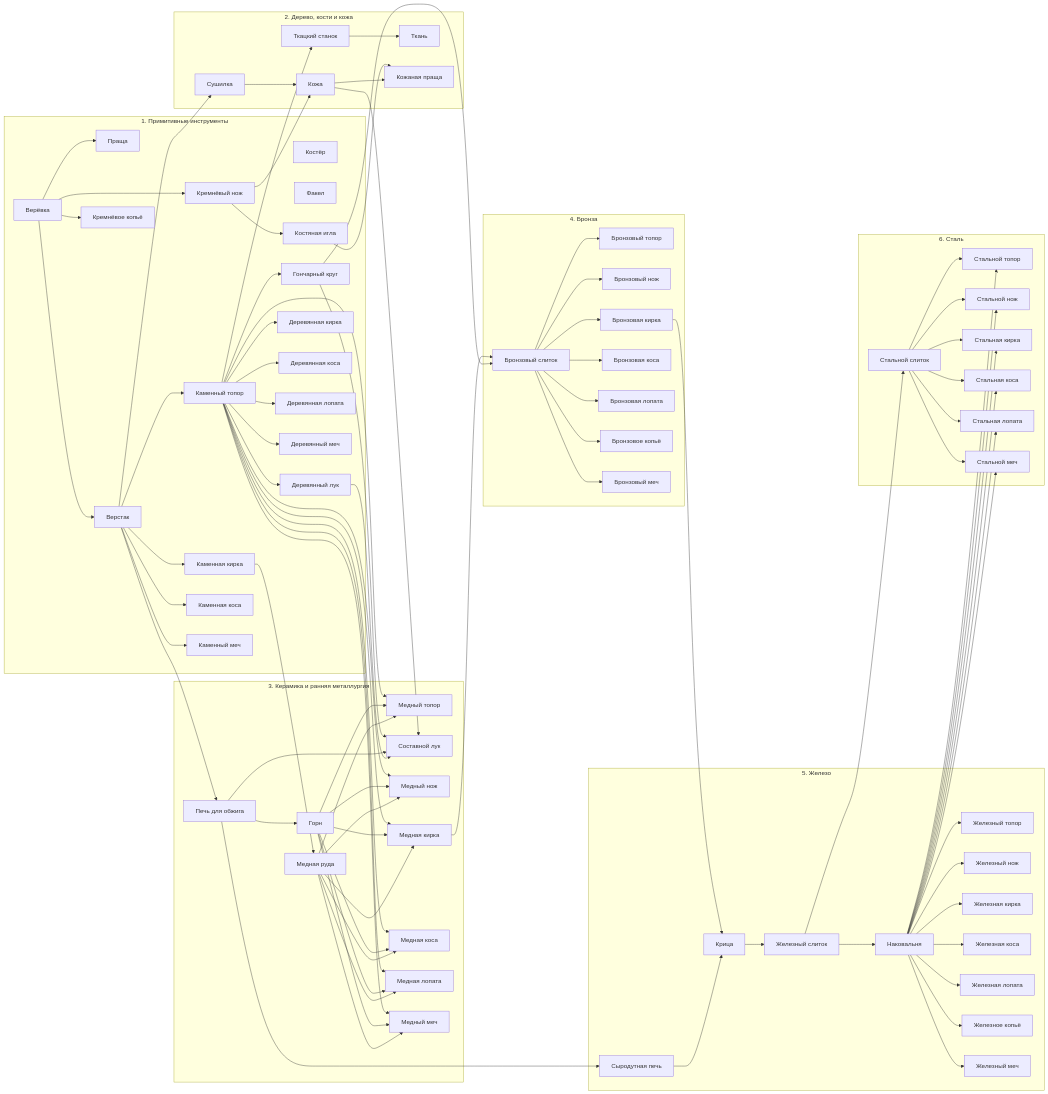
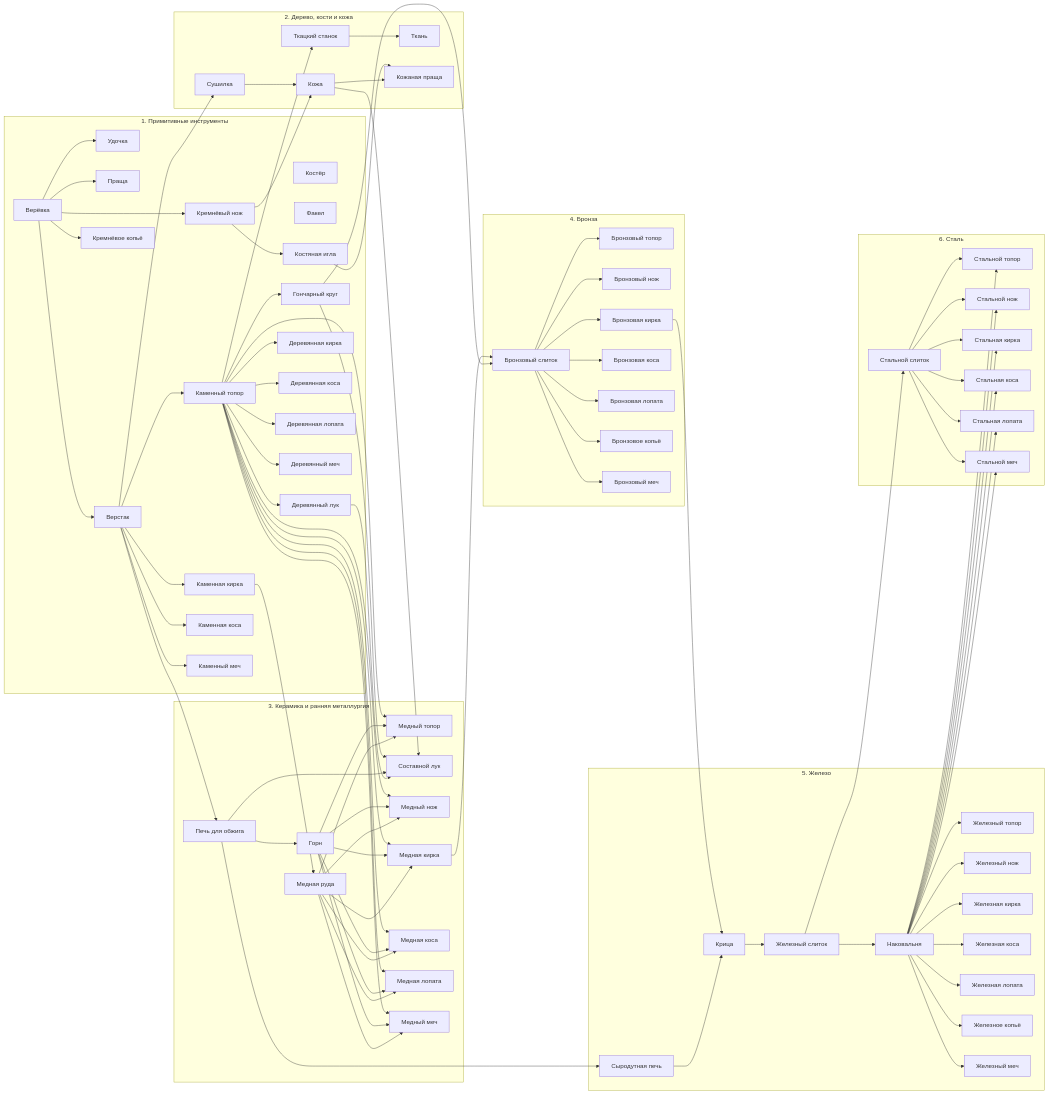
The first of 2 diagrams in docs/generated/content-graph.md (randomboygh/survivium), drawn with Mermaid before and after one commit. The commit also changed other lines of this file and 67 other files, not shown here.

````diff
--- a/docs/generated/content-graph.md
+++ b/docs/generated/content-graph.md
@@ -467,153 +478,155 @@
   subgraph e1["1. Примитивные инструменты"]
     b0["Костёр"]
     b3["Верёвка"]
-    b4["Праща"]
-    b5["Факел"]
-    b6["Верстак"]
-    b8["Деревянный лук"]
-    b18["Костяная игла"]
-    b19["Гончарный круг"]
-    b22["Каменный топор"]
-    b28["Кремнёвый нож"]
-    b33["Каменная кирка"]
-    b34["Деревянная кирка"]
-    b39["Каменная коса"]
-    b40["Деревянная коса"]
-    b45["Деревянная лопата"]
-    b50["Кремнёвое копьё"]
-    b53["Деревянный меч"]
-    b54["Каменный меч"]
+    b4["Удочка"]
+    b5["Праща"]
+    b6["Факел"]
+    b7["Верстак"]
+    b9["Деревянный лук"]
+    b19["Костяная игла"]
+    b20["Гончарный круг"]
+    b23["Каменный топор"]
+    b29["Кремнёвый нож"]
+    b34["Каменная кирка"]
+    b35["Деревянная кирка"]
+    b40["Каменная коса"]
+    b41["Деревянная коса"]
+    b46["Деревянная лопата"]
+    b51["Кремнёвое копьё"]
+    b54["Деревянный меч"]
+    b55["Каменный меч"]
   end
   subgraph e2["2. Дерево, кости и кожа"]
     b1["Ткань"]
-    b9["Сушилка"]
-    b10["Кожа"]
-    b16["Кожаная праща"]
-    b17["Ткацкий станок"]
+    b10["Сушилка"]
+    b11["Кожа"]
+    b17["Кожаная праща"]
+    b18["Ткацкий станок"]
   end
   subgraph e3["3. Керамика и ранняя металлургия"]
     b2["Медная руда"]
-    b11["Горн"]
-    b15["Печь для обжига"]
-    b23["Медный топор"]
-    b27["Составной лук"]
-    b29["Медный нож"]
-    b35["Медная кирка"]
-    b41["Медная коса"]
-    b46["Медная лопата"]
-    b55["Медный меч"]
+    b12["Горн"]
+    b16["Печь для обжига"]
+    b24["Медный топор"]
+    b28["Составной лук"]
+    b30["Медный нож"]
+    b36["Медная кирка"]
+    b42["Медная коса"]
+    b47["Медная лопата"]
+    b56["Медный меч"]
   end
   subgraph e4["4. Бронза"]
-    b20["Бронзовый слиток"]
-    b24["Бронзовый топор"]
-    b30["Бронзовый нож"]
-    b36["Бронзовая кирка"]
-    b42["Бронзовая коса"]
-    b47["Бронзовая лопата"]
-    b51["Бронзовое копьё"]
-    b56["Бронзовый меч"]
+    b21["Бронзовый слиток"]
+    b25["Бронзовый топор"]
+    b31["Бронзовый нож"]
+    b37["Бронзовая кирка"]
+    b43["Бронзовая коса"]
+    b48["Бронзовая лопата"]
+    b52["Бронзовое копьё"]
+    b57["Бронзовый меч"]
   end
   subgraph e5["5. Железо"]
-    b7["Сыродутная печь"]
-    b12["Крица"]
-    b13["Железный слиток"]
-    b14["Наковальня"]
-    b25["Железный топор"]
-    b31["Железный нож"]
-    b37["Железная кирка"]
-    b43["Железная коса"]
-    b48["Железная лопата"]
-    b52["Железное копьё"]
-    b57["Железный меч"]
+    b8["Сыродутная печь"]
+    b13["Крица"]
+    b14["Железный слиток"]
+    b15["Наковальня"]
+    b26["Железный топор"]
+    b32["Железный нож"]
+    b38["Железная кирка"]
+    b44["Железная коса"]
+    b49["Железная лопата"]
+    b53["Железное копьё"]
+    b58["Железный меч"]
   end
   subgraph e6["6. Сталь"]
-    b21["Стальной слиток"]
-    b26["Стальной топор"]
-    b32["Стальной нож"]
-    b38["Стальная кирка"]
-    b44["Стальная коса"]
-    b49["Стальная лопата"]
-    b58["Стальной меч"]
+    b22["Стальной слиток"]
+    b27["Стальной топор"]
+    b33["Стальной нож"]
+    b39["Стальная кирка"]
+    b45["Стальная коса"]
+    b50["Стальная лопата"]
+    b59["Стальной меч"]
   end
-  b17 --> b1
-  b33 --> b2
+  b18 --> b1
+  b34 --> b2
   b3 --> b4
-  b3 --> b6
-  b15 --> b7
-  b22 --> b8
-  b6 --> b9
-  b9 --> b10
-  b28 --> b10
-  b15 --> b11
-  b7 --> b12
-  b36 --> b12
-  b12 --> b13
+  b3 --> b5
+  b3 --> b7
+  b16 --> b8
+  b23 --> b9
+  b7 --> b10
+  b10 --> b11
+  b29 --> b11
+  b16 --> b12
+  b8 --> b13
+  b37 --> b13
   b13 --> b14
-  b6 --> b15
-  b10 --> b16
-  b18 --> b16
-  b22 --> b17
-  b28 --> b18
-  b22 --> b19
-  b19 --> b20
-  b35 --> b20
-  b13 --> b21
-  b6 --> b22
-  b2 --> b23
-  b11 --> b23
-  b22 --> b23
-  b20 --> b24
-  b14 --> b25
-  b14 --> b26
-  b21 --> b26
-  b8 --> b27
-  b10 --> b27
+  b14 --> b15
+  b7 --> b16
+  b11 --> b17
+  b19 --> b17
+  b23 --> b18
+  b29 --> b19
+  b23 --> b20
+  b20 --> b21
+  b36 --> b21
+  b14 --> b22
+  b7 --> b23
+  b2 --> b24
+  b12 --> b24
+  b23 --> b24
+  b21 --> b25
+  b15 --> b26
   b15 --> b27
-  b19 --> b27
-  b3 --> b28
-  b2 --> b29
-  b11 --> b29
-  b22 --> b29
-  b20 --> b30
-  b14 --> b31
-  b14 --> b32
-  b21 --> b32
-  b6 --> b33
-  b22 --> b34
-  b2 --> b35
-  b11 --> b35
-  b22 --> b35
-  b20 --> b36
-  b14 --> b37
-  b14 --> b38
-  b21 --> b38
-  b6 --> b39
-  b22 --> b40
-  b2 --> b41
-  b11 --> b41
-  b22 --> b41
-  b20 --> b42
-  b14 --> b43
-  b14 --> b44
-  b21 --> b44
+  b22 --> b27
+  b9 --> b28
+  b11 --> b28
+  b16 --> b28
+  b20 --> b28
+  b3 --> b29
+  b2 --> b30
+  b12 --> b30
+  b23 --> b30
+  b21 --> b31
+  b15 --> b32
+  b15 --> b33
+  b22 --> b33
+  b7 --> b34
+  b23 --> b35
+  b2 --> b36
+  b12 --> b36
+  b23 --> b36
+  b21 --> b37
+  b15 --> b38
+  b15 --> b39
+  b22 --> b39
+  b7 --> b40
+  b23 --> b41
+  b2 --> b42
+  b12 --> b42
+  b23 --> b42
+  b21 --> b43
+  b15 --> b44
+  b15 --> b45
   b22 --> b45
-  b2 --> b46
-  b11 --> b46
-  b22 --> b46
-  b20 --> b47
-  b14 --> b48
-  b14 --> b49
-  b21 --> b49
-  b3 --> b50
-  b20 --> b51
-  b14 --> b52
-  b22 --> b53
-  b6 --> b54
-  b2 --> b55
-  b11 --> b55
-  b22 --> b55
-  b20 --> b56
-  b14 --> b57
-  b14 --> b58
-  b21 --> b58
+  b23 --> b46
+  b2 --> b47
+  b12 --> b47
+  b23 --> b47
+  b21 --> b48
+  b15 --> b49
+  b15 --> b50
+  b22 --> b50
+  b3 --> b51
+  b21 --> b52
+  b15 --> b53
+  b23 --> b54
+  b7 --> b55
+  b2 --> b56
+  b12 --> b56
+  b23 --> b56
+  b21 --> b57
+  b15 --> b58
+  b15 --> b59
+  b22 --> b59
 ```
````
